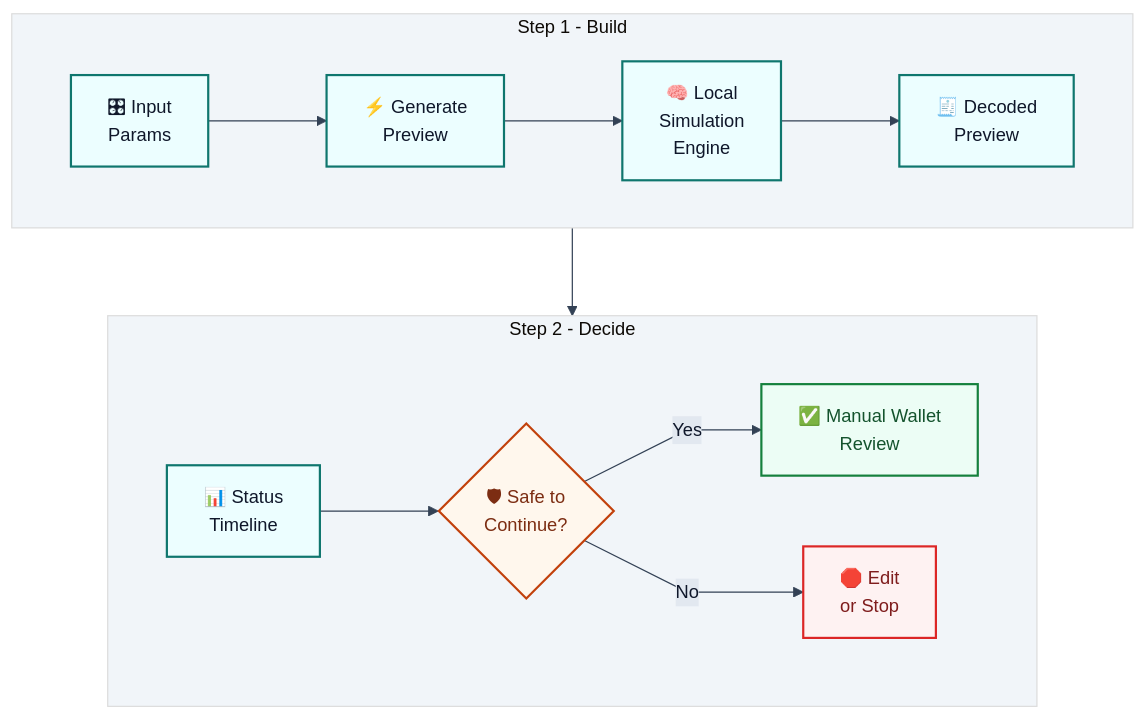
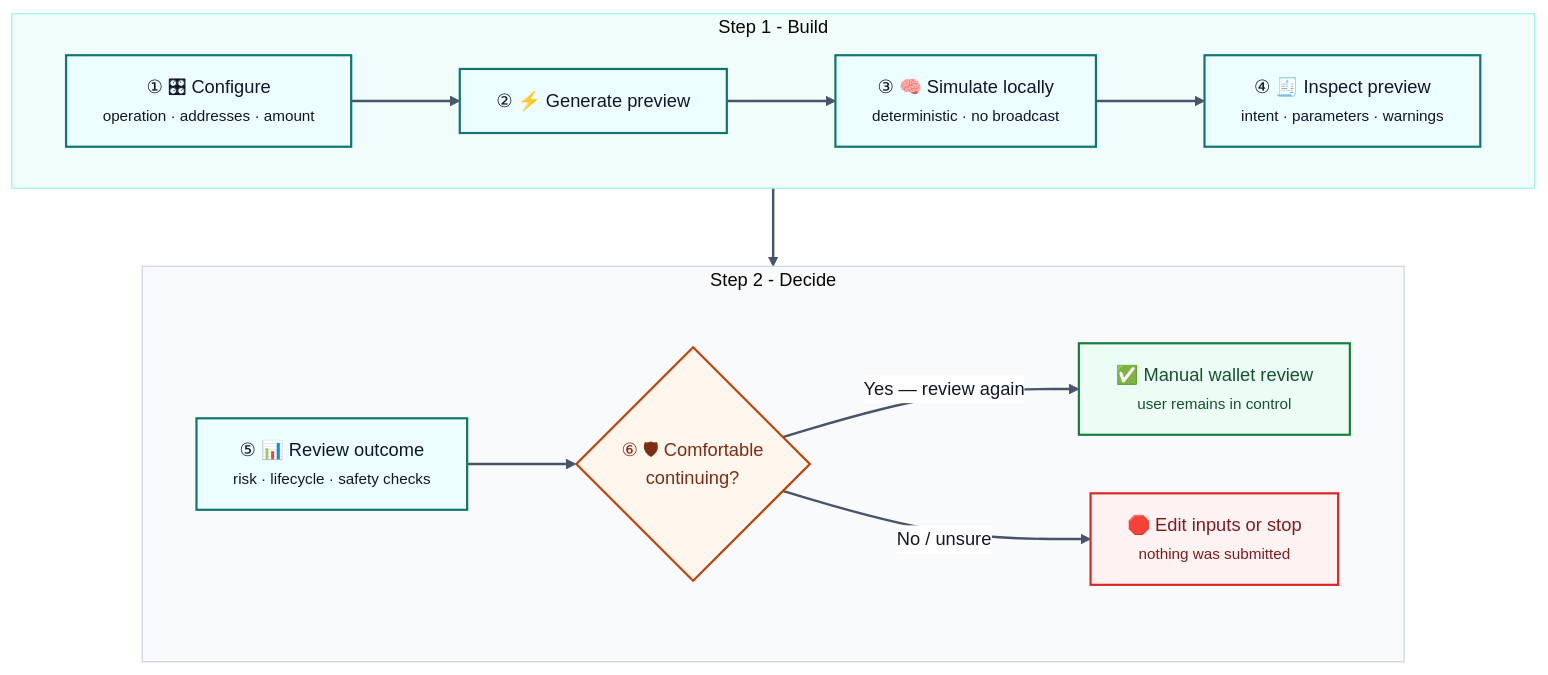
Before and after one commit to sunshineluyao/Moss-Mcp-Transaction: the first of 8 diagrams in README.md, drawn with Mermaid. The commit also changed other lines of this file, not shown here.

Commit message:
docs: improve Mermaid chart clarity and styling

````diff
--- a/README.md
+++ b/README.md
@@ -153,29 +153,32 @@
 ```mermaid
-%%{init: {'theme':'base','flowchart': {'htmlLabels': true, 'nodeSpacing': 58, 'rankSpacing': 72, 'curve': 'linear'},'themeVariables': {'fontFamily':'Trebuchet MS, Segoe UI, sans-serif','fontSize':'15px','primaryColor':'#eef6ff','primaryBorderColor':'#3b82f6','primaryTextColor':'#0f172a','lineColor':'#334155','secondaryColor':'#f8fafc','tertiaryColor':'#f1f5f9','edgeLabelBackground':'#e2e8f0'}}}%%
+%%{init: {'theme':'base','flowchart': {'htmlLabels': true, 'nodeSpacing': 48, 'rankSpacing': 64, 'curve': 'basis'},'themeVariables': {'fontFamily':'Inter, Segoe UI, sans-serif','fontSize':'15px','primaryTextColor':'#0f172a','lineColor':'#475569','clusterBkg':'#f8fafc','clusterBorder':'#cbd5e1','edgeLabelBackground':'#ffffff'}}}%%
 flowchart TB
   subgraph R1[Step 1 - Build]
     direction LR
-    A["🎛 Input<br/>Params"] --> B["⚡ Generate<br/>Preview"]
-    B --> C["🧠 Local<br/>Simulation<br/>Engine"]
-    C --> D["🧾 Decoded<br/>Preview"]
+    A["① 🎛 Configure<br/><small>operation · addresses · amount</small>"] --> B["② ⚡ Generate preview"]
+    B --> C["③ 🧠 Simulate locally<br/><small>deterministic · no broadcast</small>"]
+    C --> D["④ 🧾 Inspect preview<br/><small>intent · parameters · warnings</small>"]
   end
 
   subgraph R2[Step 2 - Decide]
     direction LR
-    E["📊 Status<br/>Timeline"] --> F{"🛡 Safe to<br/>Continue?"}
-    F -->|Yes| G["✅ Manual Wallet<br/>Review"]
-    F -->|No| H["🛑 Edit<br/>or Stop"]
+    E["⑤ 📊 Review outcome<br/><small>risk · lifecycle · safety checks</small>"] --> F{"⑥ 🛡 Comfortable<br/>continuing?"}
+    F -->|Yes — review again| G["✅ Manual wallet review<br/><small>user remains in control</small>"]
+    F -->|No / unsure| H["🛑 Edit inputs or stop<br/><small>nothing was submitted</small>"]
   end
 
   D --> E
 
   classDef main fill:#ecfeff,stroke:#0f766e,stroke-width:1.8px,color:#0f172a;
   classDef decision fill:#fff7ed,stroke:#c2410c,stroke-width:1.8px,color:#7c2d12;
   classDef success fill:#ecfdf5,stroke:#15803d,stroke-width:1.8px,color:#14532d;
   classDef stop fill:#fef2f2,stroke:#dc2626,stroke-width:1.8px,color:#7f1d1d;
 
   class A,B,C,D,E main;
   class F decision;
   class G success;
   class H stop;
+  style R1 fill:#f0fdfa,stroke:#99f6e4,stroke-width:1px
+  style R2 fill:#f8fafc,stroke:#cbd5e1,stroke-width:1px
+  linkStyle default stroke:#475569,stroke-width:2px;
 ```
````
